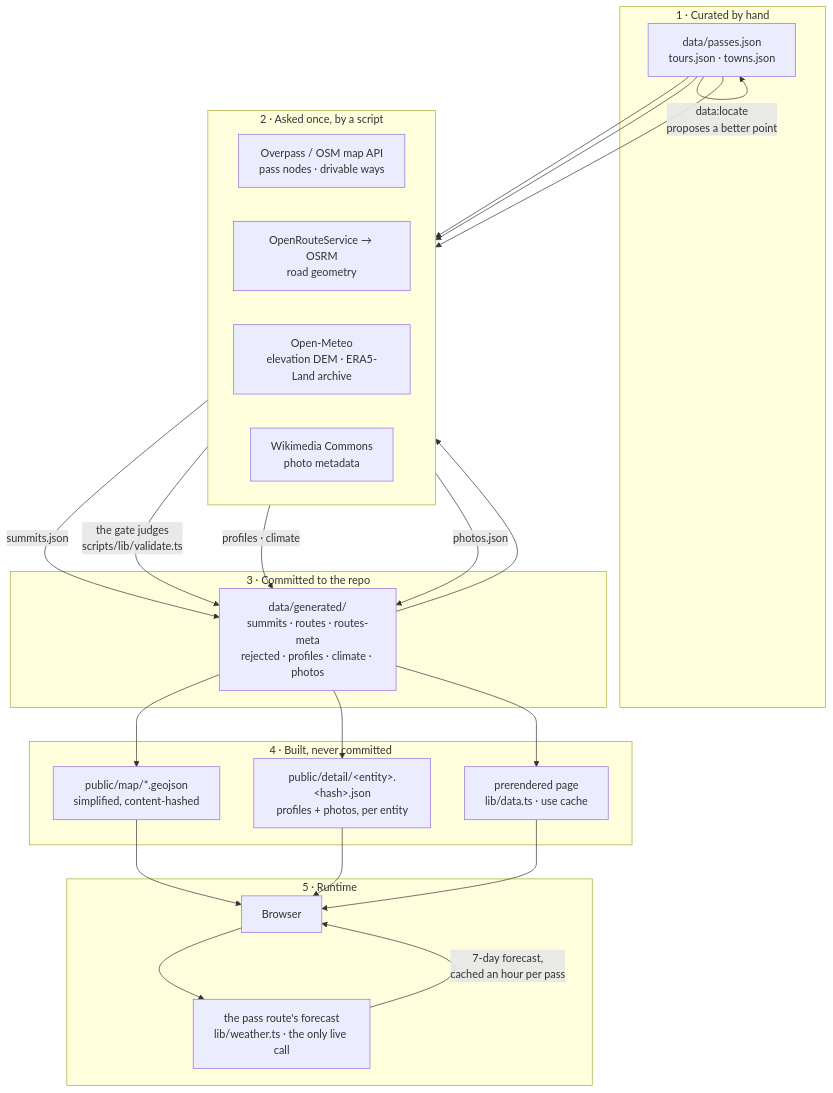
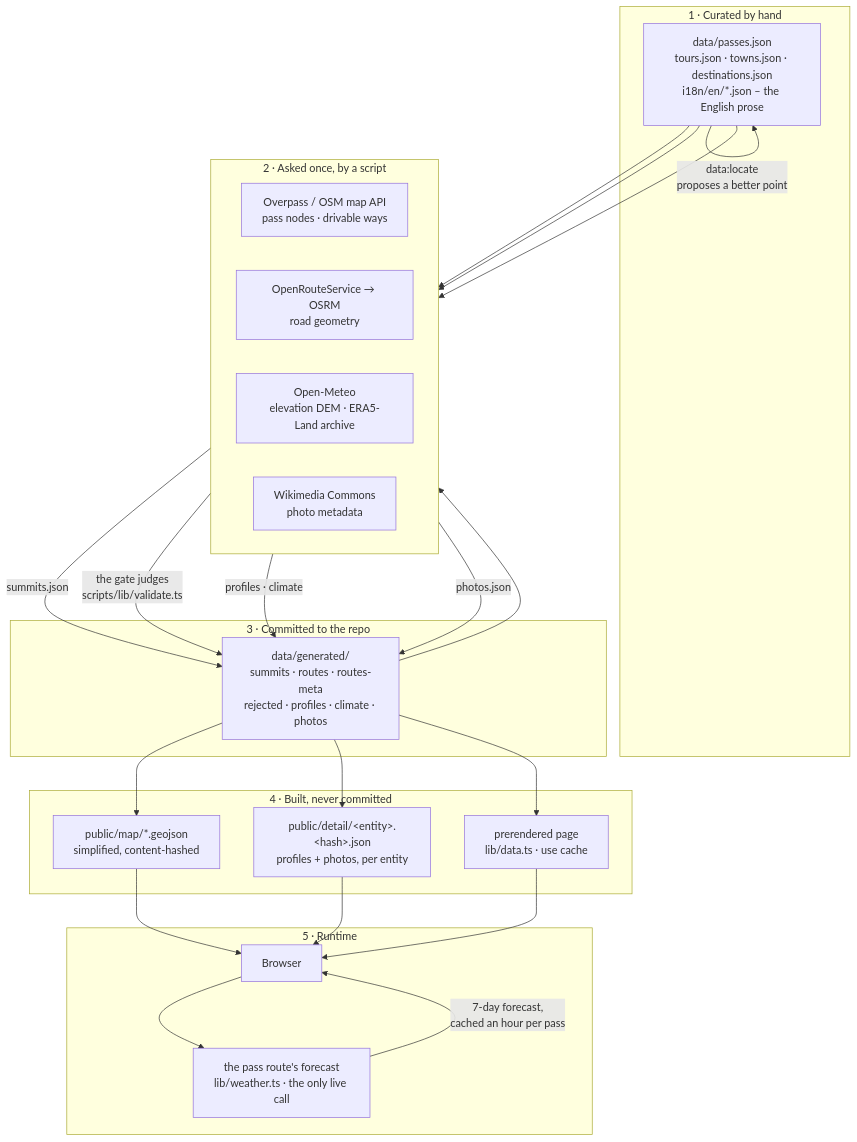
Before and after one commit to mdugue/alpen: the first of 3 diagrams in docs/data-pipeline.md, drawn with Mermaid. The commit also changed other lines of this file and 41 other files, not shown here.

````diff
--- a/docs/data-pipeline.md
+++ b/docs/data-pipeline.md
@@ -18,39 +18,39 @@
 ```mermaid
 flowchart TB
   subgraph hand["1 · Curated by hand"]
-    P["data/passes.json<br/>tours.json · towns.json"]
+    P["data/passes.json<br/>tours.json · towns.json · destinations.json<br/>i18n/en/*.json – the English prose"]
   end
 
   subgraph net["2 · Asked once, by a script"]
     direction LR
     OSM["Overpass / OSM map API<br/>pass nodes · drivable ways"]
     RT["OpenRouteService → OSRM<br/>road geometry"]
     OM["Open-Meteo<br/>elevation DEM · ERA5-Land archive"]
     WC["Wikimedia Commons<br/>photo metadata"]
   end
 
   subgraph repo["3 · Committed to the repo"]
     G["data/generated/<br/>summits · routes · routes-meta<br/>rejected · profiles · climate · photos"]
   end
 
   subgraph build["4 · Built, never committed"]
     MA["public/map/*.geojson<br/>simplified, content-hashed"]
     DA["public/detail/&lt;entity&gt;.&lt;hash&gt;.json<br/>profiles + photos, per entity"]
     PR["prerendered page<br/>lib/data.ts · use cache"]
   end
 
   subgraph run["5 · Runtime"]
     B["Browser"]
     W["the pass route's forecast<br/>lib/weather.ts · the only live call"]
   end
 
   P -->|"data:locate<br/>proposes a better point"| P
   P --> OSM --> |"summits.json"| G
   P --> RT -->|"the gate judges<br/>scripts/lib/validate.ts"| G
   G --> OM --> |"profiles · climate"| G
   P --> WC --> |"photos.json"| G
   G --> MA --> B
   G --> DA --> B
   G --> PR --> B
   B --> W -->|"7-day forecast,<br/>cached an hour per pass"| B
 ```
````
